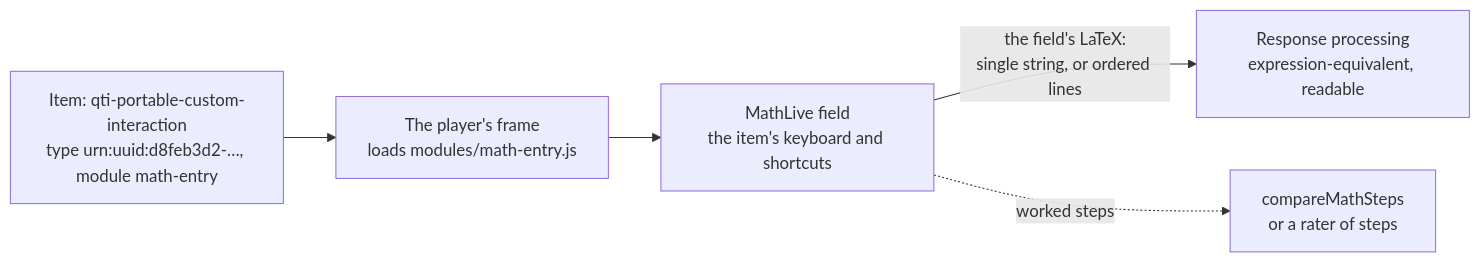
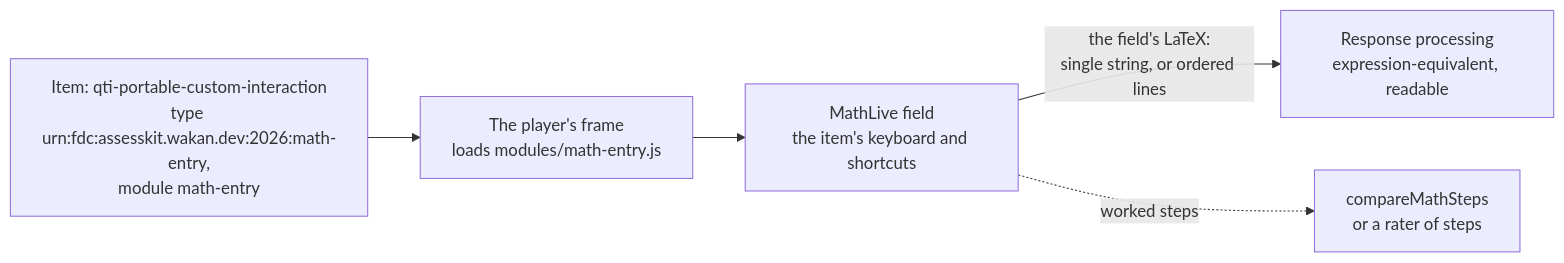
Before and after one commit to assesskit/assesskit: the diagram in docs/custom-interactions/math-entry.md, drawn with Mermaid. The commit also changed other lines of this file and 6 other files, not shown here.

First line of the commit message:
Name the custom interactions by Federated Content URNs in assesskit.wakan.dev, as QTI recommends

````diff
--- a/docs/custom-interactions/math-entry.md
+++ b/docs/custom-interactions/math-entry.md
@@ -9,7 +9,7 @@
 ```mermaid
 flowchart LR
-  item["Item: qti-portable-custom-interaction<br/>type urn:uuid:d8feb3d2-…, module math-entry"] --> frame["The player's frame<br/>loads modules/math-entry.js"]
+  item["Item: qti-portable-custom-interaction<br/>type urn:fdc:assesskit.wakan.dev:2026:math-entry,<br/>module math-entry"] --> frame["The player's frame<br/>loads modules/math-entry.js"]
   frame --> field["MathLive field<br/>the item's keyboard and shortcuts"]
   field -- "the field's LaTeX:<br/>single string, or ordered lines" --> rp["Response processing<br/>expression-equivalent, readable"]
   field -. "worked steps" .-> steps["compareMathSteps<br/>or a rater of steps"]
 ```
````
